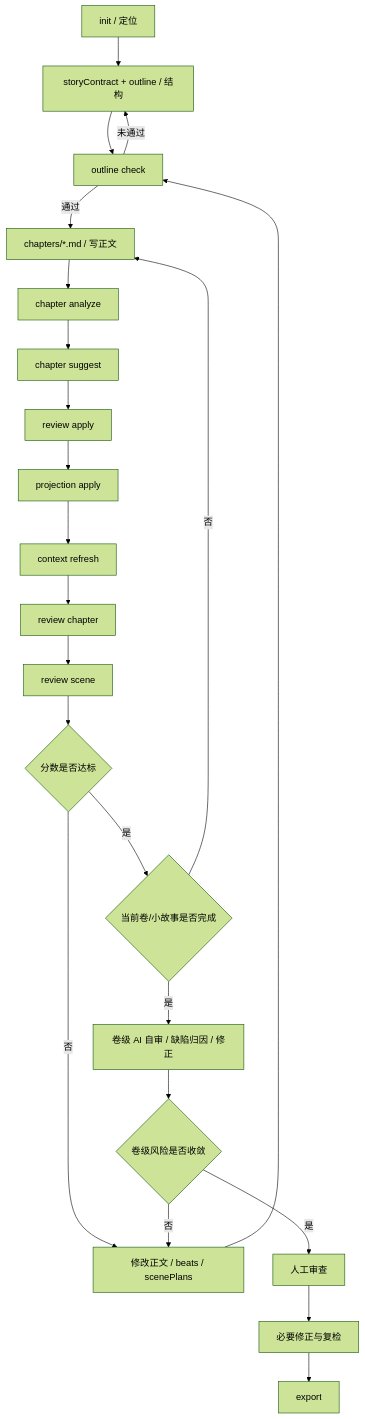
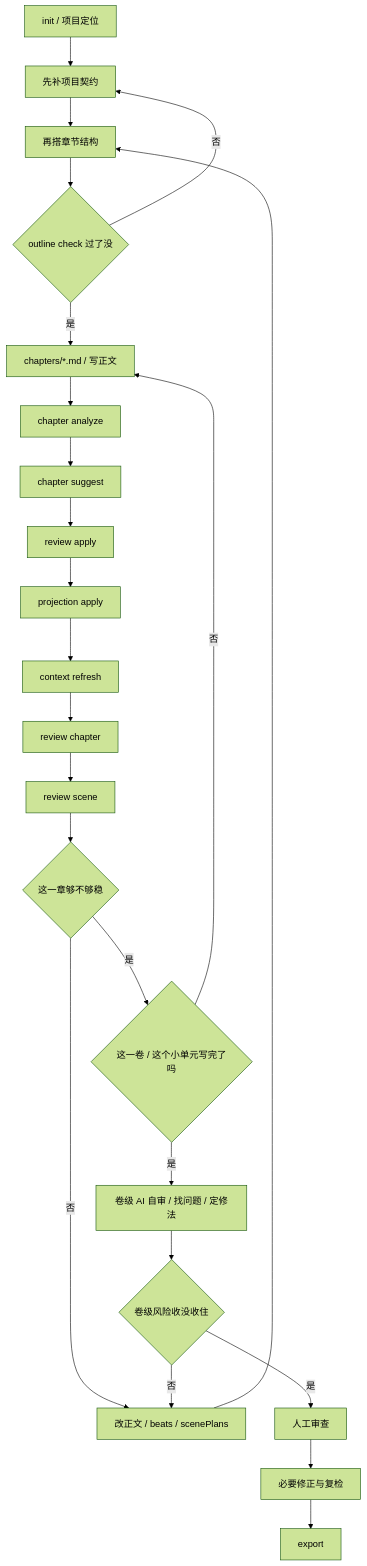
The diagram in docs/guides/creative-workflow.md (yukin371/story-canvas), drawn with Mermaid (forest theme) before and after one commit. The commit also changed other lines of this file and 2 other files, not shown here.

Commit message:
docs: soften README and workflow wording

````diff
--- a/docs/guides/creative-workflow.md
+++ b/docs/guides/creative-workflow.md
@@ -21,25 +21,26 @@
 ```mermaid
 flowchart TD
-  A[init / 定位] --> B[storyContract + outline / 结构]
-  B --> C[outline check]
-  C -->|通过| D[chapters/*.md / 写正文]
-  C -->|未通过| B
-  D --> E[chapter analyze]
-  E --> F[chapter suggest]
-  F --> G[review apply]
-  G --> H[projection apply]
-  H --> I[context refresh]
-  I --> J[review chapter]
-  J --> K[review scene]
-  K --> L{分数是否达标}
-  L -- 否 --> M[修改正文 / beats / scenePlans]
-  M --> C
-  L -- 是 --> N{当前卷/小故事是否完成}
-  N -- 否 --> D
-  N -- 是 --> O[卷级 AI 自审 / 缺陷归因 / 修正]
-  O --> P{卷级风险是否收敛}
-  P -- 否 --> M
-  P -- 是 --> Q[人工审查]
-  Q --> R[必要修正与复检]
-  R --> S[export]
+  A[init / 项目定位] --> B[先补项目契约]
+  B --> C[再搭章节结构]
+  C --> D{outline check 过了没}
+  D -- 否 --> B
+  D -- 是 --> E[chapters/*.md / 写正文]
+  E --> F[chapter analyze]
+  F --> G[chapter suggest]
+  G --> H[review apply]
+  H --> I[projection apply]
+  I --> J[context refresh]
+  J --> K[review chapter]
+  K --> L[review scene]
+  L --> M{这一章够不够稳}
+  M -- 否 --> N[改正文 / beats / scenePlans]
+  N --> C
+  M -- 是 --> O{这一卷 / 这个小单元写完了吗}
+  O -- 否 --> E
+  O -- 是 --> P[卷级 AI 自审 / 找问题 / 定修法]
+  P --> Q{卷级风险收没收住}
+  Q -- 否 --> N
+  Q -- 是 --> R[人工审查]
+  R --> S[必要修正与复检]
+  S --> T[export]
 ```
````
